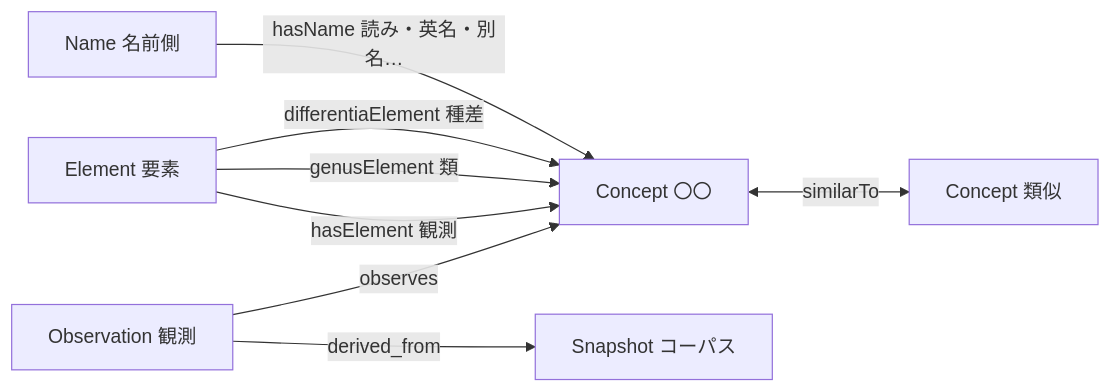
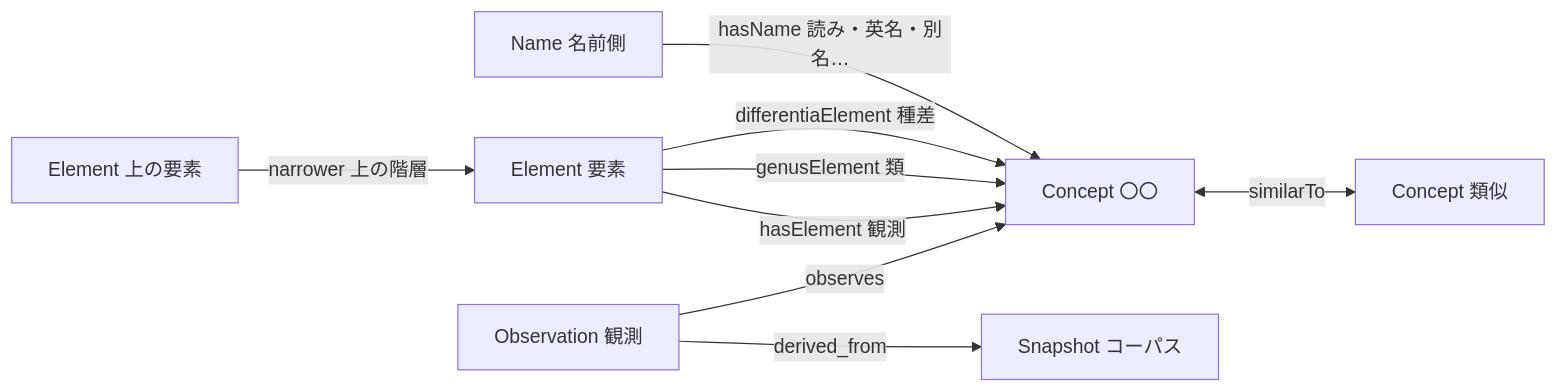
The second of 4 diagrams in README.md (myon-bioinformatics/OnTautoLogy), drawn with Mermaid before and after one commit. The commit also changed other lines of this file and 4 other files, not shown here.

````diff
--- a/README.md
+++ b/README.md
@@ -169,10 +169,11 @@
 ```mermaid
 flowchart LR
   O[Observation 観測] -->|observes| C[Concept 〇〇]
   O -->|derived_from| N[Snapshot コーパス]
   E[Element 要素] -->|hasElement 観測| C
   E -->|genusElement 類| C
   E -->|differentiaElement 種差| C
   M[Name 名前側] -->|hasName 読み・英名・別名…| C
+  U[Element 上の要素] -->|narrower 上の階層| E
   C <-->|similarTo| S[Concept 類似]
 ```
````
